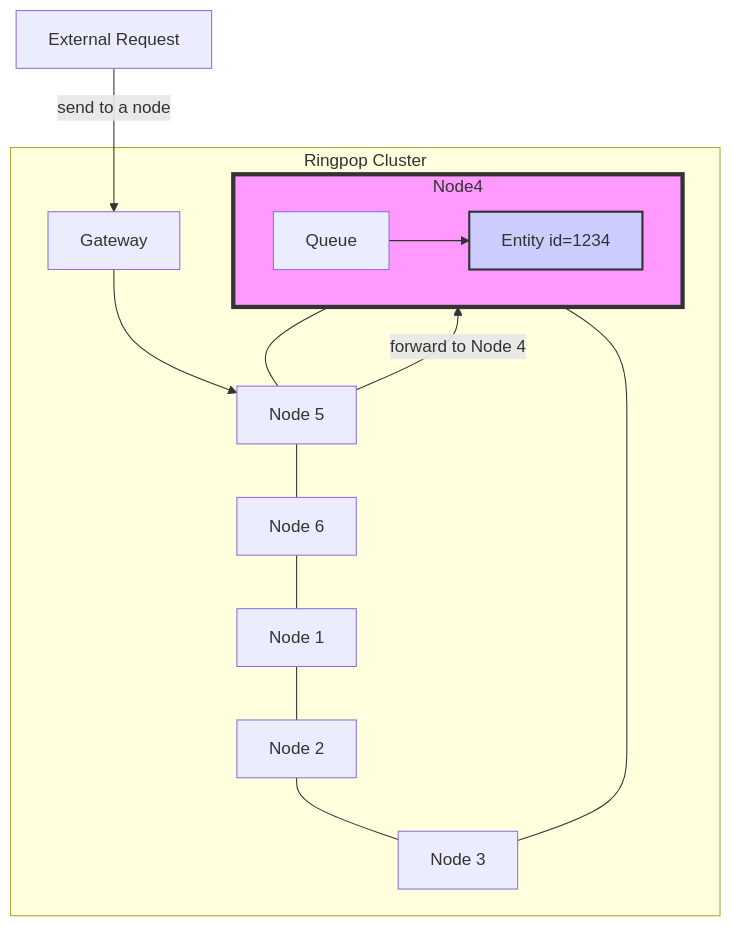
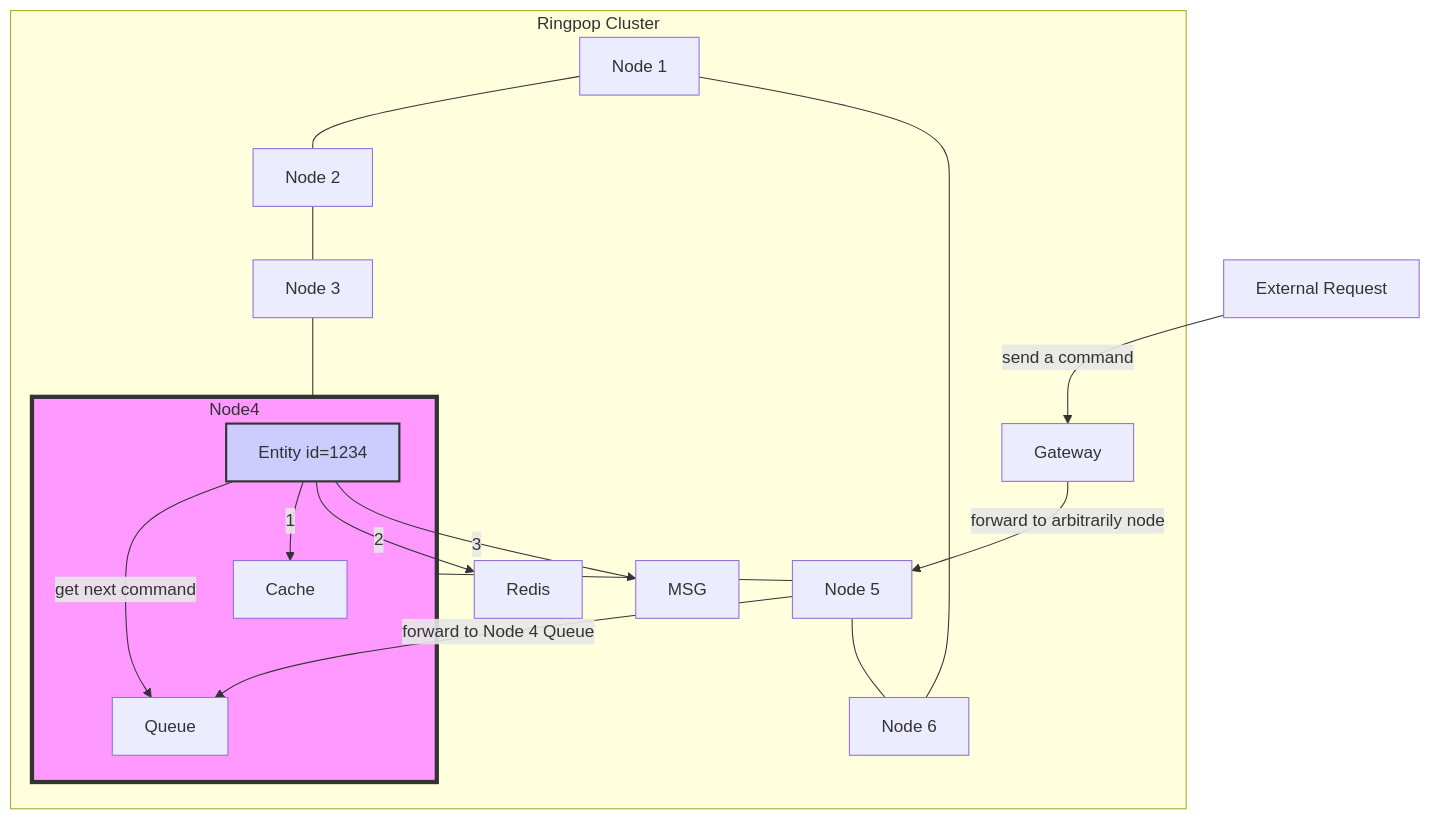
The diagram in ringpop-queue-lock.md (ned13/brief-history-of-scaling-uber), drawn with Mermaid before and after one commit.

````diff
--- a/ringpop-queue-lock.md
+++ b/ringpop-queue-lock.md
@@ -1,25 +1,37 @@
 ```mermaid
 graph TD
     subgraph Ringpop Cluster
         Node1[Node 1] --- Node2[Node 2]
         Node2[Node 2] --- Node3[Node 3]
         Node3[Node 3] --- Node4[Node 4]
         Node4[Node 4] --- Node5[Node 5]
         Node5[Node 5] --- Node6[Node 6]
         Node6[Node 6] --- Node1[Node 1]
         Gateway
+        Redis
+        MSG
     end
     
 
     subgraph Node4
-        Queue[Queue] --> Entity1234["Entity id=1234"]
+        Entity1234["Entity id=1234"] 
+        Node4Queue[Queue] 
+        %% Entity1234 <-- Node4Queue    
+        Node4Cache["Cache"]
     end
 
-    extRequest["External Request"] --> |send to a node| Gateway
-    Gateway --> Node5
-    Node5 --> |forward to Node 4| Node4
+    
+
+    extRequest["External Request"] --> |send a command| Gateway
+    Gateway --> |forward to arbitrarily node| Node5
+    Node5 --> |forward to Node 4 Queue| Node4Queue
+    Entity1234 --> |get next command|Node4Queue
+    Entity1234 --> |1| Node4Cache
+    Entity1234 --> |2| Redis
+    Entity1234 --> |3| MSG
+    
 
     style Node4 fill:#f9f,stroke:#333,stroke-width:4px
     style Entity1234 fill:#ccf,stroke:#333,stroke-width:2px
 
 ```
````
